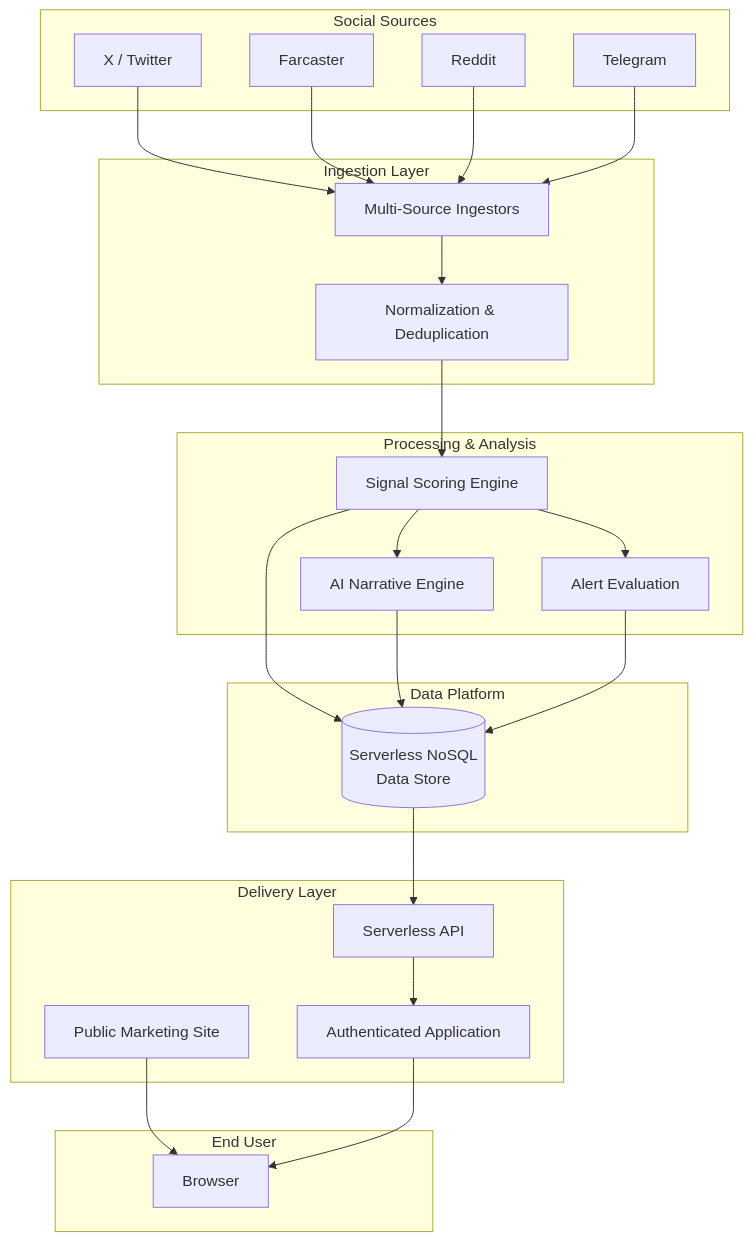
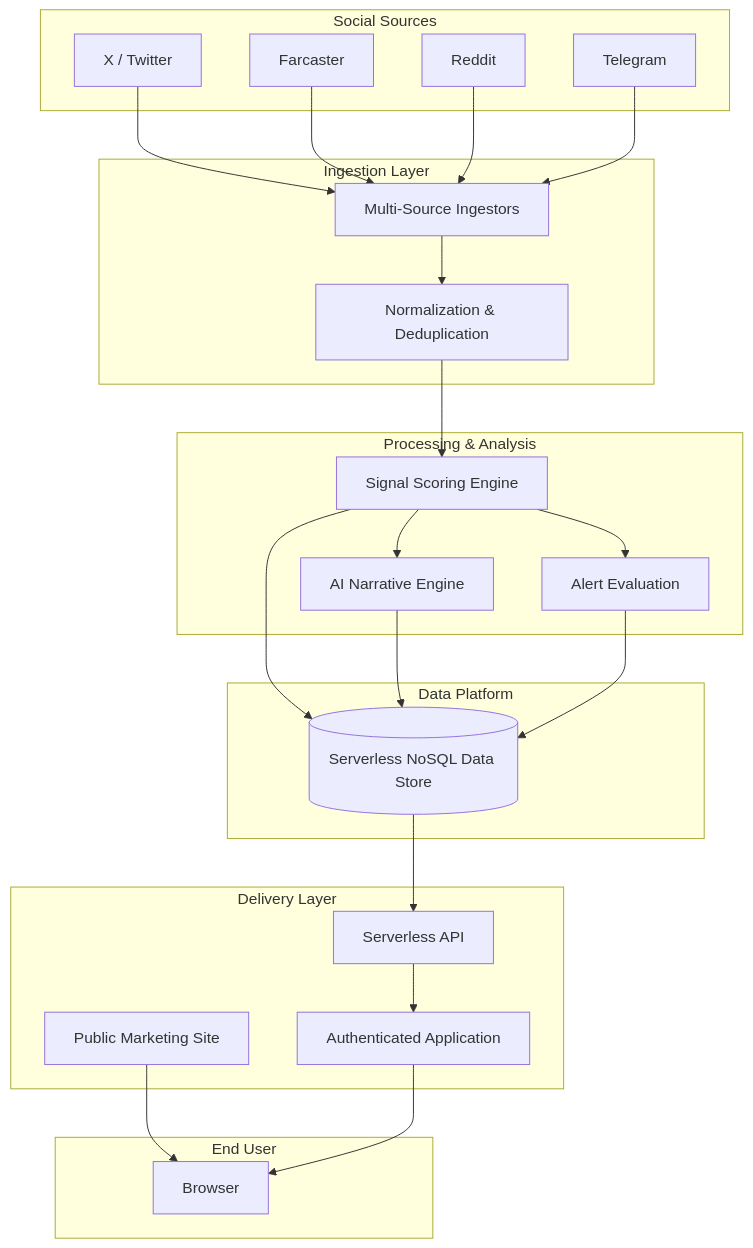
The first of 2 diagrams in README.md (Token-Buzz/website), drawn with Mermaid before and after one commit.

Commit message:
docs: fix data-store node label in architecture diagram

````diff
--- a/README.md
+++ b/README.md
@@ -73,47 +73,47 @@
 ```mermaid
 flowchart TD
     subgraph Sources["Social Sources"]
         X["X / Twitter"]
         FC["Farcaster"]
         RD["Reddit"]
         TG["Telegram"]
     end
 
     subgraph Ingestion["Ingestion Layer"]
         Poller["Multi-Source Ingestors"]
         Normalizer["Normalization & Deduplication"]
     end
 
     subgraph Processing["Processing & Analysis"]
         Scorer["Signal Scoring Engine"]
         AI["AI Narrative Engine"]
         Alerting["Alert Evaluation"]
     end
 
     subgraph Store["Data Platform"]
-        DB[("Serverless NoSQL\nData Store")]
+        DB[("Serverless NoSQL Data Store")]
     end
 
     subgraph Delivery["Delivery Layer"]
         API["Serverless API"]
         Marketing["Public Marketing Site"]
         App["Authenticated Application"]
     end
 
     subgraph User["End User"]
         Browser["Browser"]
     end
 
     X & FC & RD & TG --> Poller
     Poller --> Normalizer
     Normalizer --> Scorer
     Scorer --> AI
     Scorer --> Alerting
     Scorer --> DB
     AI --> DB
     Alerting --> DB
     DB --> API
     API --> App
     Marketing --> Browser
     App --> Browser
 ```
````
